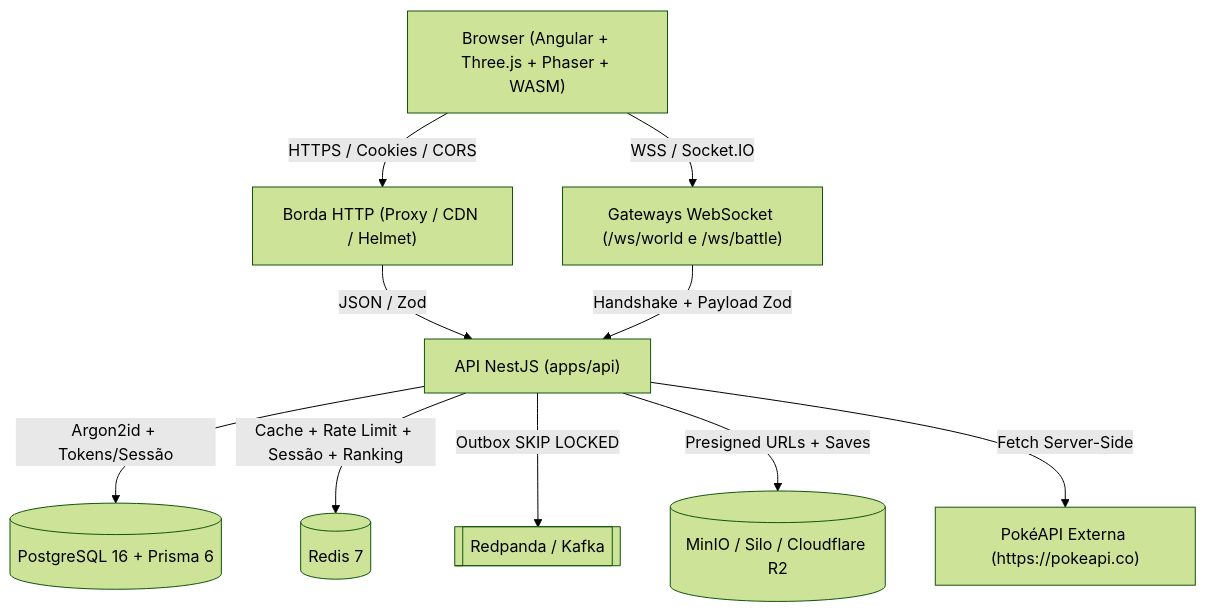
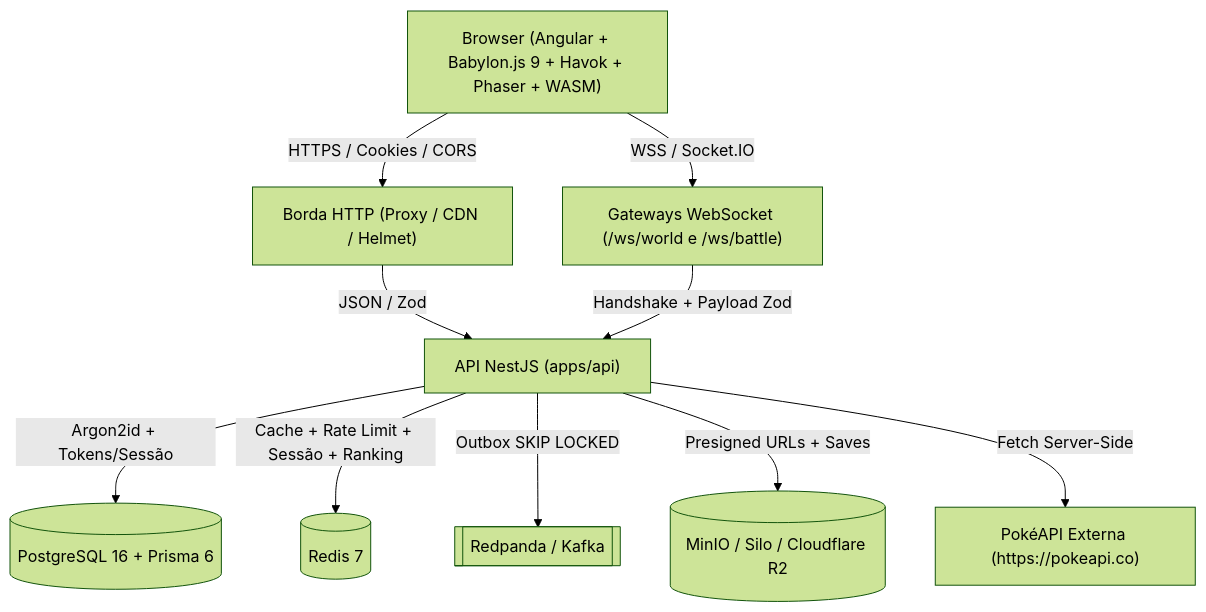
The first of 3 diagrams in docs/13-dossie-de-seguranca-e-blindagem.md (Digooow/pokedex-frontend), drawn with Mermaid (forest theme) before and after one commit. The commit also changed other lines of this file and 62 other files, not shown here.

````diff
--- a/docs/13-dossie-de-seguranca-e-blindagem.md
+++ b/docs/13-dossie-de-seguranca-e-blindagem.md
@@ -11,13 +11,13 @@
 ```mermaid
 flowchart TB
-  Browser["Browser (Angular + Three.js + Phaser + WASM)"] -->|"HTTPS / Cookies / CORS"| Edge["Borda HTTP (Proxy / CDN / Helmet)"]
+  Browser["Browser (Angular + Babylon.js 9 + Havok + Phaser + WASM)"] -->|"HTTPS / Cookies / CORS"| Edge["Borda HTTP (Proxy / CDN / Helmet)"]
   Browser -->|"WSS / Socket.IO"| WS["Gateways WebSocket (/ws/world e /ws/battle)"]
   Edge -->|"JSON / Zod"| API["API NestJS (apps/api)"]
   WS -->|"Handshake + Payload Zod"| API
 
   API -->|"Argon2id + Tokens/Sessão"| PG[("PostgreSQL 16 + Prisma 6")]
   API -->|"Cache + Rate Limit + Sessão + Ranking"| RD[("Redis 7")]
   API -->|"Outbox SKIP LOCKED"| Kafka[["Redpanda / Kafka"]]
   API -->|"Presigned URLs + Saves"| S3[("MinIO / Silo / Cloudflare R2")]
   API -->|"Fetch Server-Side"| PokeAPI["PokéAPI Externa (https://pokeapi.co)"]
 ```
````
